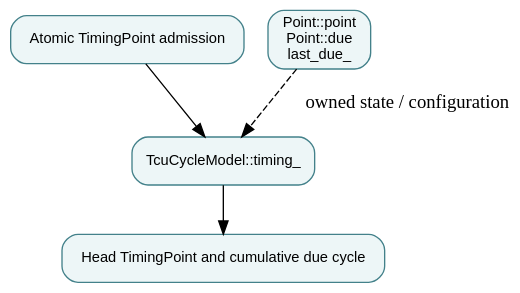
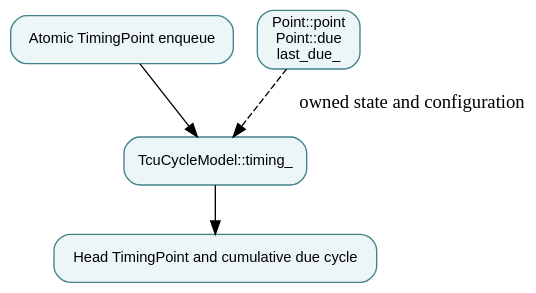
Before and after one commit to qsbit-org/qsbit-sim: the diagram in docs/modules/timing-queue.md, drawn with Graphviz. The commit also changed other lines of this file and 71 other files, not shown here.

````diff
--- a/docs/modules/timing-queue.md
+++ b/docs/modules/timing-queue.md
@@ -14,11 +14,11 @@
 ```{graphviz}
 digraph module {
   rankdir=TB; bgcolor="transparent";
   node [shape=box, style="rounded,filled", fillcolor="#edf6f7", color="#43818a", fontname="sans-serif", fontsize=11];
-  input [label="Atomic TimingPoint admission"];
+  input [label="Atomic TimingPoint enqueue"];
   owner [label="TcuCycleModel::timing_"];
   state [label="Point::point\nPoint::due\nlast_due_"];
   output [label="Head TimingPoint and cumulative due cycle"];
-  input -> owner; owner -> output; state -> owner [style=dashed, label="owned state / configuration"];
+  input -> owner; owner -> output; state -> owner [style=dashed, label="owned state and configuration"];
 }
 ```
````
